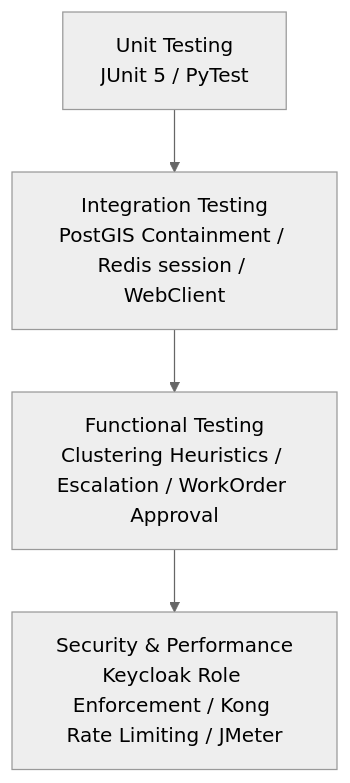
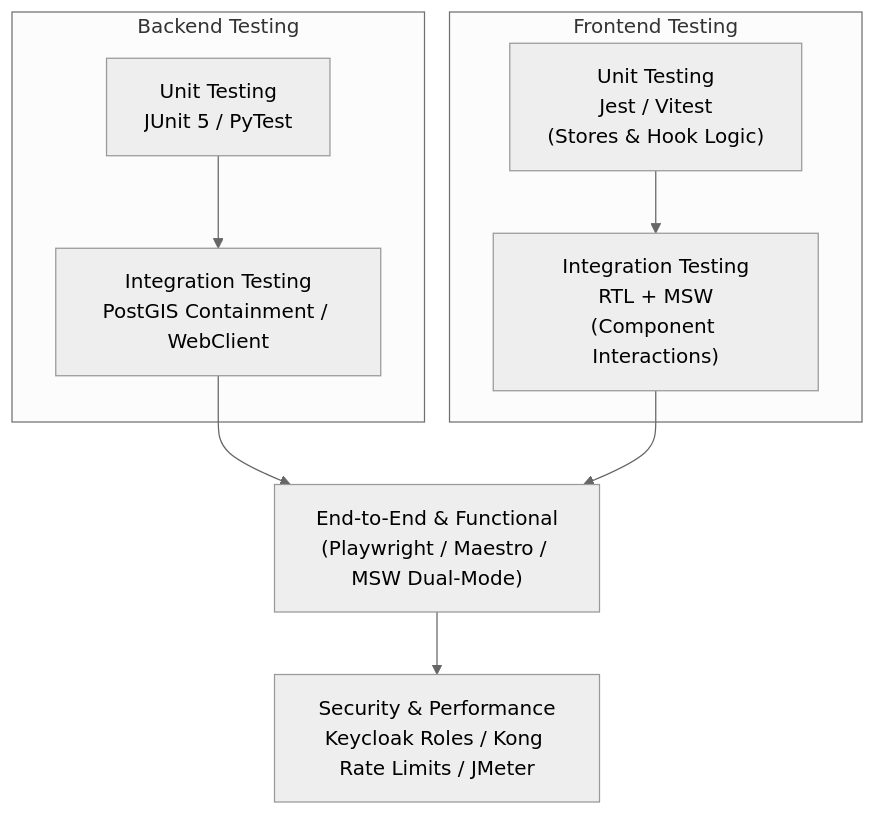
The diagram in docs/STLC_Test_Plan/02_test_planning.md (pec-yantramanav/road-safety-hackathon-2026), drawn with Mermaid (neutral theme) before and after one commit. The commit also changed other lines of this file and 96 other files, not shown here.

````diff
--- a/docs/STLC_Test_Plan/02_test_planning.md
+++ b/docs/STLC_Test_Plan/02_test_planning.md
@@ -10,6 +10,14 @@
 ```mermaid
 graph TD
-    UT["Unit Testing<br/>JUnit 5 / PyTest"] --> IT["Integration Testing<br/>PostGIS Containment / Redis session / WebClient"]
-    IT --> FT["Functional Testing<br/>Clustering Heuristics / Escalation / WorkOrder Approval"]
-    FT --> ST["Security & Performance<br/>Keycloak Role Enforcement / Kong Rate Limiting / JMeter"]
+    subgraph Backend Testing
+        UT_BE["Unit Testing<br/>JUnit 5 / PyTest"] --> IT_BE["Integration Testing<br/>PostGIS Containment / WebClient"]
+    end
+    
+    subgraph Frontend Testing
+        UT_FE["Unit Testing<br/>Jest / Vitest<br/>(Stores & Hook Logic)"] --> IT_FE["Integration Testing<br/>RTL + MSW<br/>(Component Interactions)"]
+    end
+
+    IT_BE --> FT["End-to-End & Functional<br/>(Playwright / Maestro / MSW Dual-Mode)"]
+    IT_FE --> FT
+    FT --> ST["Security & Performance<br/>Keycloak Roles / Kong Rate Limits / JMeter"]
 ```
````
